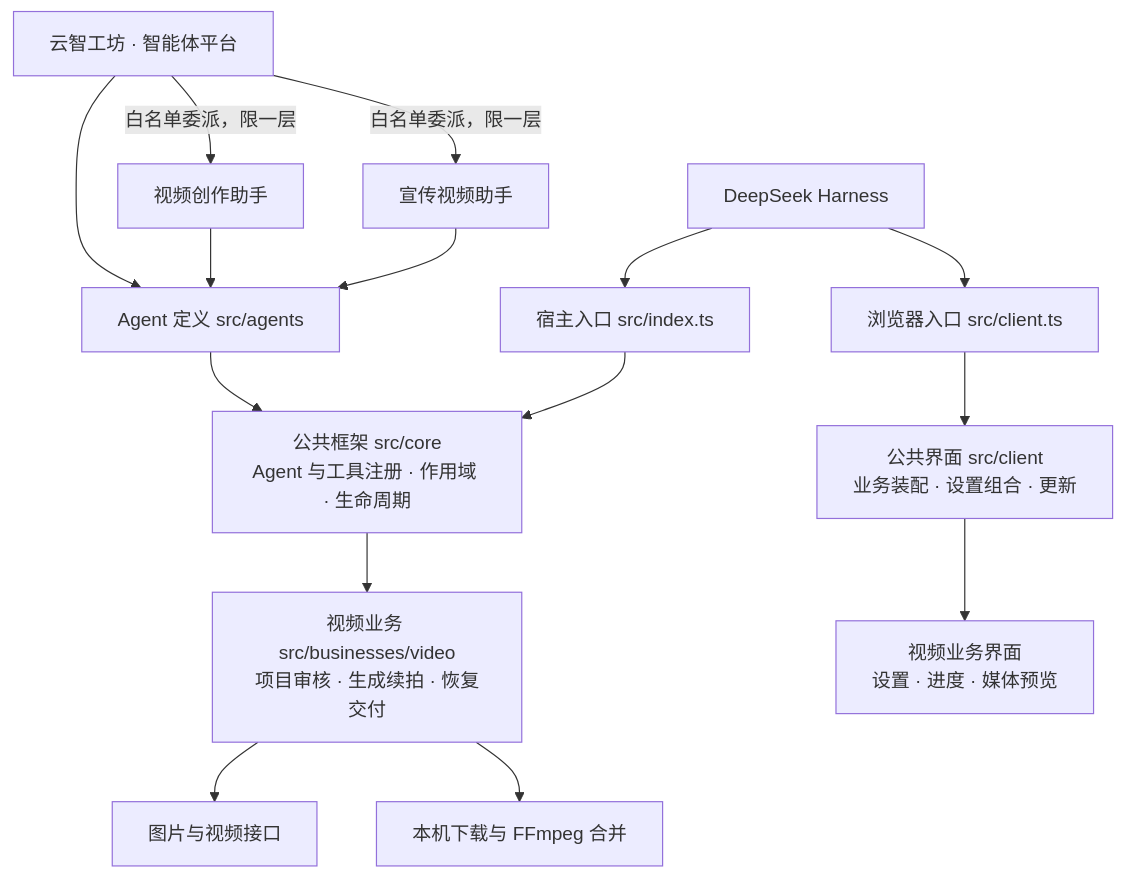
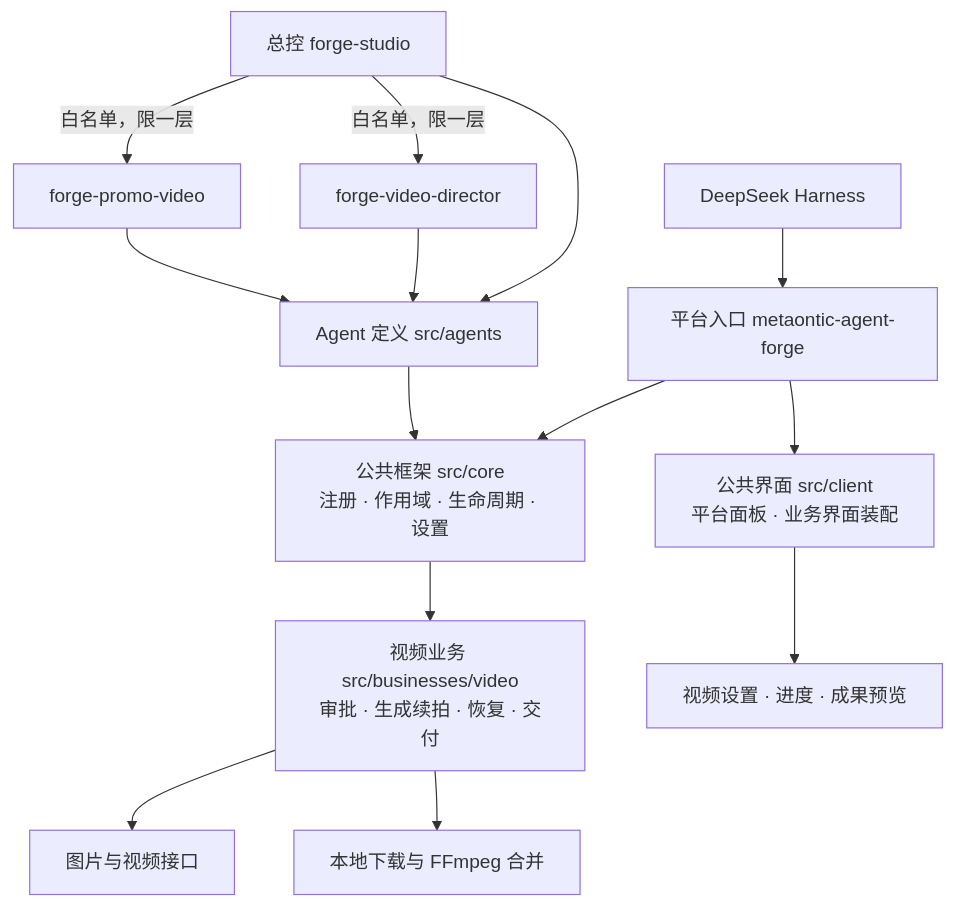
Before and after one commit to wxsimon2022/metaontic-agent-forge: the diagram in README.md, drawn with Mermaid. The commit also changed other lines of this file and 141 other files, not shown here.

````diff
--- a/README.md
+++ b/README.md
@@ -53,18 +40,16 @@
 ```mermaid
 flowchart TB
-    Harness[DeepSeek Harness]
-    Harness --> Host["宿主入口 src/index.ts"]
-    Harness --> Client["浏览器入口 src/client.ts"]
-    Studio["云智工坊 · 智能体平台"] -->|白名单委派，限一层| Director["视频创作助手"]
-    Studio -->|白名单委派，限一层| Promo["宣传视频助手"]
+    Harness[DeepSeek Harness] --> Entry["平台入口 metaontic-agent-forge"]
+    Entry --> Core["公共框架 src/core<br/>注册 · 作用域 · 生命周期 · 设置"]
+    Entry --> UI["公共界面 src/client<br/>平台面板 · 业务界面装配"]
+    Studio["总控 forge-studio"] -->|白名单，限一层| Director["forge-video-director"]
+    Studio -->|白名单，限一层| Promo["forge-promo-video"]
     Studio --> Agents["Agent 定义 src/agents"]
-    Director --> Agents["Agent 定义 src/agents"]
-    Promo["宣传视频助手"] --> Agents
-    Agents --> Core["公共框架 src/core<br/>Agent 与工具注册 · 作用域 · 生命周期"]
-    Host --> Core
-    Core --> Video["视频业务 src/businesses/video<br/>项目审核 · 生成续拍 · 恢复交付"]
-    Video --> Providers["图片与视频接口"]
-    Video --> Media["本机下载与 FFmpeg 合并"]
-    Client --> UI["公共界面 src/client<br/>业务装配 · 设置组合 · 更新"]
-    UI --> VideoUI["视频业务界面<br/>设置 · 进度 · 媒体预览"]
+    Director --> Agents
+    Promo --> Agents
+    Agents --> Core
+    Core --> Video["视频业务 src/businesses/video<br/>审批 · 生成续拍 · 恢复 · 交付"]
+    Video --> Provider[图片与视频接口]
+    Video --> Media[本地下载与 FFmpeg 合并]
+    UI --> VideoUI[视频设置 · 进度 · 成果预览]
 ```
````
